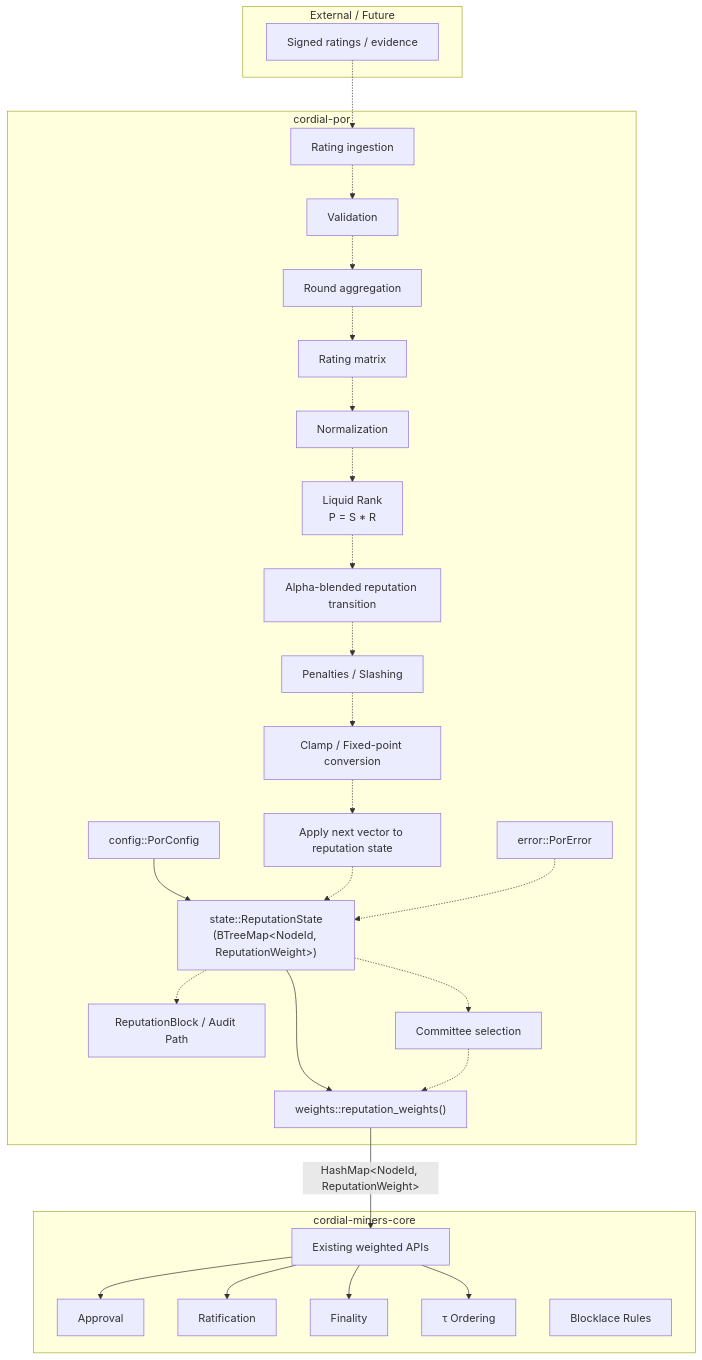
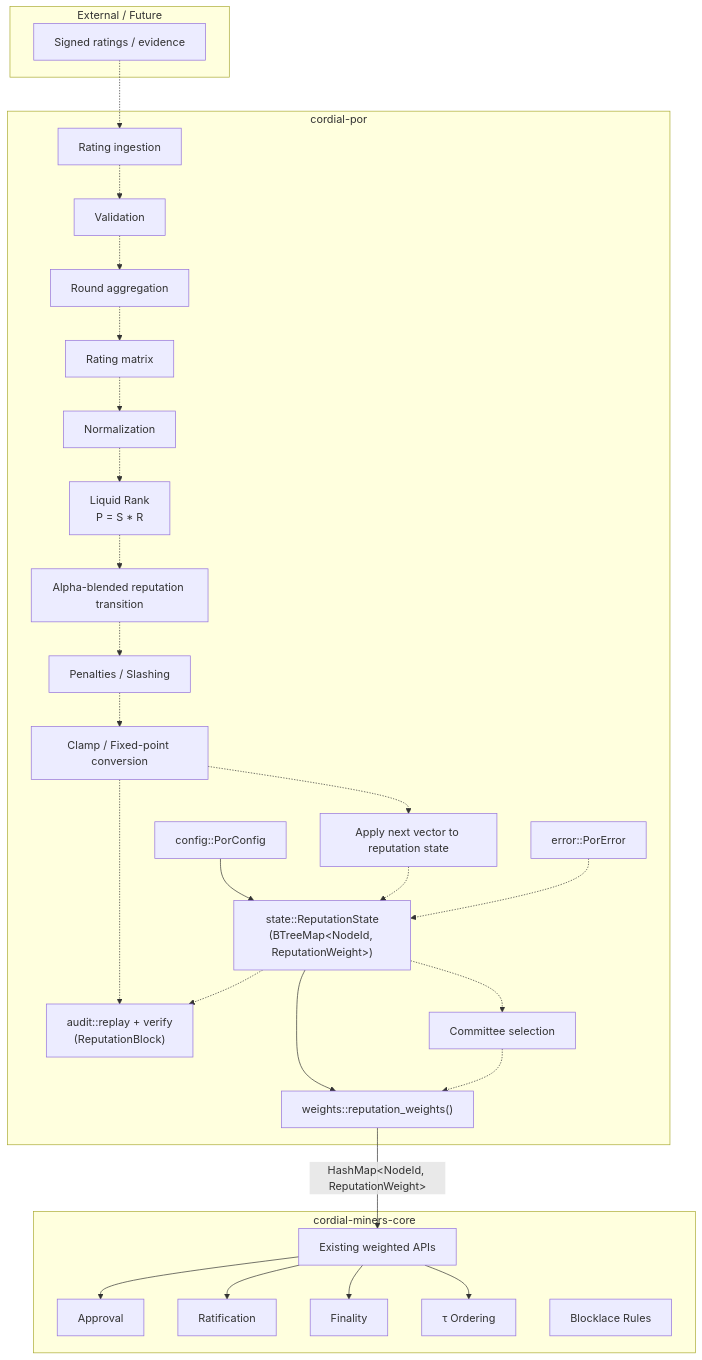
The second of 2 diagrams in crates/cordial-por/docs/00-architecture.md (iCog-Labs-Dev/cordial-f1r3node), drawn with Mermaid before and after one commit. The commit also changed other lines of this file and 22 other files, not shown here.

Commit message:
docs(reputation-block): demonstrate construction of reputation block from finalized reputation list

````diff
--- a/crates/cordial-por/docs/00-architecture.md
+++ b/crates/cordial-por/docs/00-architecture.md
@@ -60,78 +60,79 @@
 ```mermaid
 flowchart TD
 
     %% ---------- External ----------
     subgraph External["External / Future"]
         Ratings["Signed ratings / evidence"]
     end
 
     %% ---------- cordial-por ----------
     subgraph PoR["cordial-por"]
 
         Config["config::PorConfig"]
 
         State["state::ReputationState<br/>(BTreeMap&lt;NodeId, ReputationWeight&gt;)"]
 
         Export["weights::reputation_weights()"]
 
-        Audit["ReputationBlock / Audit Path"]
+        Audit["audit::replay + verify<br/>(ReputationBlock)"]
 
         Error["error::PorError"]
 
         Ingest["Rating ingestion"]
         Validate["Validation"]
         Aggregate["Round aggregation"]
         Matrix["Rating matrix"]
         Normalize["Normalization"]
         Liquid["Liquid Rank<br/>P = S * R"]
         Penalty["Penalties / Slashing"]
         Clamp["Clamp / Fixed-point conversion"]
         Transition["Alpha-blended reputation transition"]
         Apply["Apply next vector to reputation state"]
         Committee["Committee selection"]
 
     end
 
     %% ---------- cordial-miners-core ----------
     subgraph Core["cordial-miners-core"]
 
         Weighted["Existing weighted APIs"]
 
         Approval["Approval"]
         Ratification["Ratification"]
         Finality["Finality"]
         Tau["τ Ordering"]
         Blocklace["Blocklace Rules"]
 
     end
 
     %% ---------- Current implemented path ----------
     Config --> State
     State --> Export
     Export -->|"HashMap&lt;NodeId, ReputationWeight&gt;"| Weighted
 
     %% ---------- Future PoR pipeline ----------
     Ratings -.-> Ingest
     Ingest -.-> Validate
     Validate -.-> Aggregate
     Aggregate -.-> Matrix
     Matrix -.-> Normalize
     Normalize -.-> Liquid
     Liquid -.-> Transition
     Transition -.-> Penalty
     Penalty -.-> Clamp
     Clamp -.-> Apply
     Apply -.-> State
+    Clamp -.-> Audit
 
     State -.-> Audit
     State -.-> Committee
     Committee -.-> Export
 
     Error -.-> State
 
     %% ---------- Consumed by Cordial Miners ----------
     Weighted --> Approval
     Weighted --> Ratification
     Weighted --> Finality
     Weighted --> Tau
 ```
````
